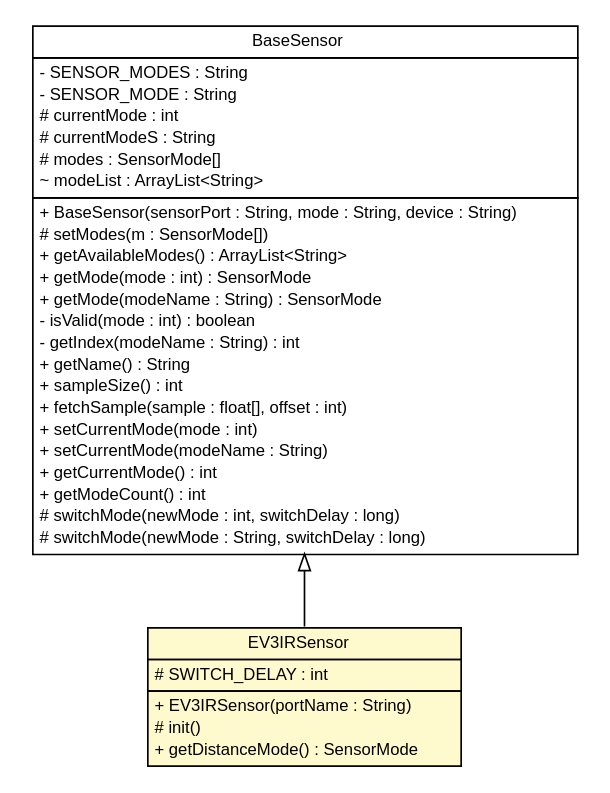
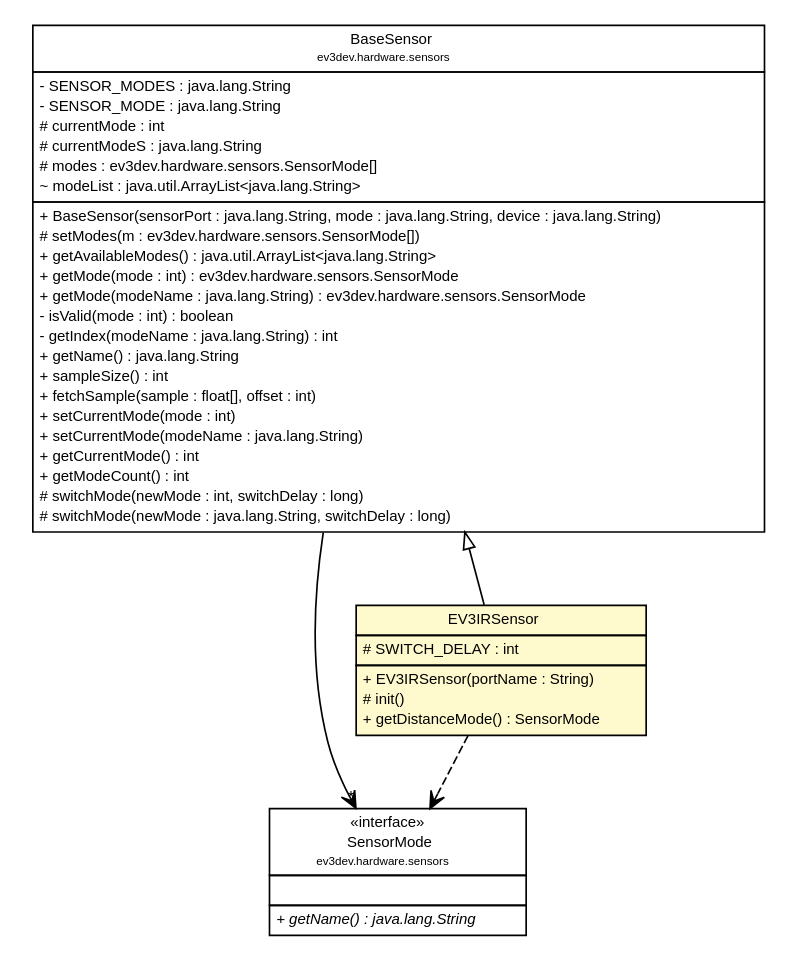
One commit to ev3dev-lang-java/ev3dev-lang-java changed the diagram in docs/api/ev3dev/hardware/sensors/ev3/EV3IRSensor.dot. Above: the diagram before and after it, drawn with Graphviz. The commit also changed 413 other files, not shown here.

```diff
--- a/docs/api/ev3dev/hardware/sensors/ev3/EV3IRSensor.dot
+++ b/docs/api/ev3dev/hardware/sensors/ev3/EV3IRSensor.dot
@@ -1,60 +1,79 @@
 #!/usr/local/bin/dot
 #
 # Class diagram 
 # Generated by UMLGraph version R5_6-24-gf6e263 (http://www.umlgraph.org/)
 #
 
 digraph G {
 	edge [fontname="Helvetica",fontsize=10,labelfontname="Helvetica",labelfontsize=10];
 	node [fontname="Helvetica",fontsize=10,shape=plaintext];
 	nodesep=0.25;
 	ranksep=0.5;
 	// ev3dev.hardware.sensors.BaseSensor
-	c3474 [label=<<table title="ev3dev.hardware.sensors.BaseSensor" border="0" cellborder="1" cellspacing="0" cellpadding="2" port="p" href="../BaseSensor.html">
+	c3478 [label=<<table title="ev3dev.hardware.sensors.BaseSensor" border="0" cellborder="1" cellspacing="0" cellpadding="2" port="p" href="../BaseSensor.html">
 		<tr><td><table border="0" cellspacing="0" cellpadding="1">
 <tr><td align="center" balign="center"> BaseSensor </td></tr>
+<tr><td align="center" balign="center"><font point-size="7.0"> ev3dev.hardware.sensors </font></td></tr>
 		</table></td></tr>
 		<tr><td><table border="0" cellspacing="0" cellpadding="1">
-<tr><td align="left" balign="left"> - SENSOR_MODES : String </td></tr>
-<tr><td align="left" balign="left"> - SENSOR_MODE : String </td></tr>
+<tr><td align="left" balign="left"> - SENSOR_MODES : java.lang.String </td></tr>
+<tr><td align="left" balign="left"> - SENSOR_MODE : java.lang.String </td></tr>
 <tr><td align="left" balign="left"> # currentMode : int </td></tr>
-<tr><td align="left" balign="left"> # currentModeS : String </td></tr>
-<tr><td align="left" balign="left"> # modes : SensorMode[] </td></tr>
-<tr><td align="left" balign="left"> ~ modeList : ArrayList&lt;String&gt; </td></tr>
+<tr><td align="left" balign="left"> # currentModeS : java.lang.String </td></tr>
+<tr><td align="left" balign="left"> # modes : ev3dev.hardware.sensors.SensorMode[] </td></tr>
+<tr><td align="left" balign="left"> ~ modeList : java.util.ArrayList&lt;java.lang.String&gt; </td></tr>
 		</table></td></tr>
 		<tr><td><table border="0" cellspacing="0" cellpadding="1">
-<tr><td align="left" balign="left"> + BaseSensor(sensorPort : String, mode : String, device : String) </td></tr>
-<tr><td align="left" balign="left"> # setModes(m : SensorMode[]) </td></tr>
-<tr><td align="left" balign="left"> + getAvailableModes() : ArrayList&lt;String&gt; </td></tr>
-<tr><td align="left" balign="left"> + getMode(mode : int) : SensorMode </td></tr>
-<tr><td align="left" balign="left"> + getMode(modeName : String) : SensorMode </td></tr>
+<tr><td align="left" balign="left"> + BaseSensor(sensorPort : java.lang.String, mode : java.lang.String, device : java.lang.String) </td></tr>
+<tr><td align="left" balign="left"> # setModes(m : ev3dev.hardware.sensors.SensorMode[]) </td></tr>
+<tr><td align="left" balign="left"> + getAvailableModes() : java.util.ArrayList&lt;java.lang.String&gt; </td></tr>
+<tr><td align="left" balign="left"> + getMode(mode : int) : ev3dev.hardware.sensors.SensorMode </td></tr>
+<tr><td align="left" balign="left"> + getMode(modeName : java.lang.String) : ev3dev.hardware.sensors.SensorMode </td></tr>
 <tr><td align="left" balign="left"> - isValid(mode : int) : boolean </td></tr>
-<tr><td align="left" balign="left"> - getIndex(modeName : String) : int </td></tr>
-<tr><td align="left" balign="left"> + getName() : String </td></tr>
+<tr><td align="left" balign="left"> - getIndex(modeName : java.lang.String) : int </td></tr>
+<tr><td align="left" balign="left"> + getName() : java.lang.String </td></tr>
 <tr><td align="left" balign="left"> + sampleSize() : int </td></tr>
 <tr><td align="left" balign="left"> + fetchSample(sample : float[], offset : int) </td></tr>
 <tr><td align="left" balign="left"> + setCurrentMode(mode : int) </td></tr>
-<tr><td align="left" balign="left"> + setCurrentMode(modeName : String) </td></tr>
+<tr><td align="left" balign="left"> + setCurrentMode(modeName : java.lang.String) </td></tr>
 <tr><td align="left" balign="left"> + getCurrentMode() : int </td></tr>
 <tr><td align="left" balign="left"> + getModeCount() : int </td></tr>
 <tr><td align="left" balign="left"> # switchMode(newMode : int, switchDelay : long) </td></tr>
-<tr><td align="left" balign="left"> # switchMode(newMode : String, switchDelay : long) </td></tr>
+<tr><td align="left" balign="left"> # switchMode(newMode : java.lang.String, switchDelay : long) </td></tr>
 		</table></td></tr>
-		</table>>, URL="../BaseSensor.html", fontname="Helvetica", fontcolor="black", fontsize=10.0];
+		</table>>, URL="../BaseSensor.html", fontname="Helvetica", fontcolor="black", fontsize=9.0];
+	// ev3dev.hardware.sensors.SensorMode
+	c3481 [label=<<table title="ev3dev.hardware.sensors.SensorMode" border="0" cellborder="1" cellspacing="0" cellpadding="2" port="p" href="../SensorMode.html">
+		<tr><td><table border="0" cellspacing="0" cellpadding="1">
+<tr><td align="center" balign="center"> &#171;interface&#187; </td></tr>
+<tr><td align="center" balign="center"> SensorMode </td></tr>
+<tr><td align="center" balign="center"><font point-size="7.0"> ev3dev.hardware.sensors </font></td></tr>
+		</table></td></tr>
+		<tr><td><table border="0" cellspacing="0" cellpadding="1">
+<tr><td align="left" balign="left">  </td></tr>
+		</table></td></tr>
+		<tr><td><table border="0" cellspacing="0" cellpadding="1">
+<tr><td align="left" balign="left"><font face="Helvetica-Oblique" point-size="9.0"> + getName() : java.lang.String </font></td></tr>
+		</table></td></tr>
+		</table>>, URL="../SensorMode.html", fontname="Helvetica", fontcolor="black", fontsize=9.0];
 	// ev3dev.hardware.sensors.ev3.EV3IRSensor
-	c3489 [label=<<table title="ev3dev.hardware.sensors.ev3.EV3IRSensor" border="0" cellborder="1" cellspacing="0" cellpadding="2" port="p" bgcolor="lemonChiffon" href="./EV3IRSensor.html">
+	c3493 [label=<<table title="ev3dev.hardware.sensors.ev3.EV3IRSensor" border="0" cellborder="1" cellspacing="0" cellpadding="2" port="p" bgcolor="lemonChiffon" href="./EV3IRSensor.html">
 		<tr><td><table border="0" cellspacing="0" cellpadding="1">
 <tr><td align="center" balign="center"> EV3IRSensor </td></tr>
 		</table></td></tr>
 		<tr><td><table border="0" cellspacing="0" cellpadding="1">
 <tr><td align="left" balign="left"> # SWITCH_DELAY : int </td></tr>
 		</table></td></tr>
 		<tr><td><table border="0" cellspacing="0" cellpadding="1">
 <tr><td align="left" balign="left"> + EV3IRSensor(portName : String) </td></tr>
 <tr><td align="left" balign="left"> # init() </td></tr>
 <tr><td align="left" balign="left"> + getDistanceMode() : SensorMode </td></tr>
 		</table></td></tr>
-		</table>>, URL="./EV3IRSensor.html", fontname="Helvetica", fontcolor="black", fontsize=10.0];
+		</table>>, URL="./EV3IRSensor.html", fontname="Helvetica", fontcolor="black", fontsize=9.0];
 	//ev3dev.hardware.sensors.ev3.EV3IRSensor extends ev3dev.hardware.sensors.BaseSensor
-	c3474:p -> c3489:p [dir=back,arrowtail=empty];
+	c3478:p -> c3493:p [dir=back,arrowtail=empty];
+	// ev3dev.hardware.sensors.BaseSensor NAVASSOC ev3dev.hardware.sensors.SensorMode
+	c3478:p -> c3481:p [taillabel="", label="", headlabel="*", fontname="Helvetica", fontcolor="black", fontsize=10.0, color="black", arrowhead=open];
+	// ev3dev.hardware.sensors.ev3.EV3IRSensor DEPEND ev3dev.hardware.sensors.SensorMode
+	c3493:p -> c3481:p [taillabel="", label="", headlabel="", fontname="Helvetica", fontcolor="black", fontsize=10.0, color="black", arrowhead=open, style=dashed];
 }
```
